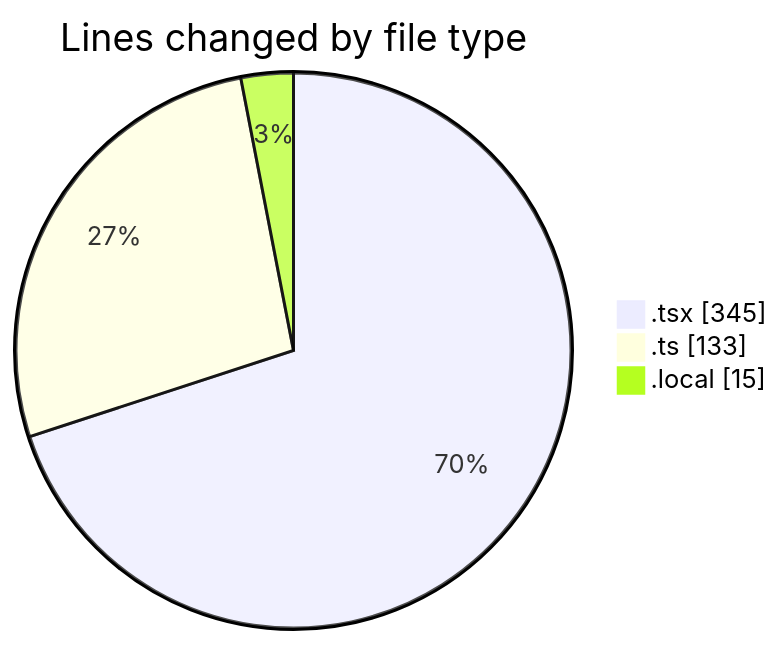
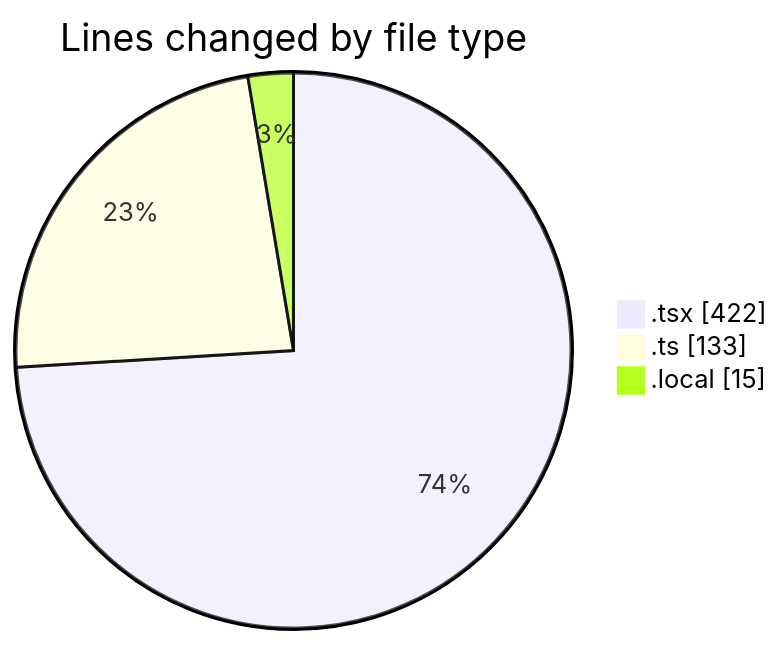
The first of 2 diagrams in 2025-11-04/eventscop-frontend-guide__workspace_/README.md (julien-gomy/code-tracking), drawn with Mermaid before and after one commit. The commit also changed other lines of this file and 1 other file, not shown here.

````diff
--- a/2025-11-04/eventscop-frontend-guide__workspace_/README.md
+++ b/2025-11-04/eventscop-frontend-guide__workspace_/README.md
@@ -25,7 +26,7 @@
 ```mermaid
 pie showData
 title Lines changed by file type
-".tsx" : 345
+".tsx" : 422
 ".ts" : 133
 ".local" : 15
 ```
````
